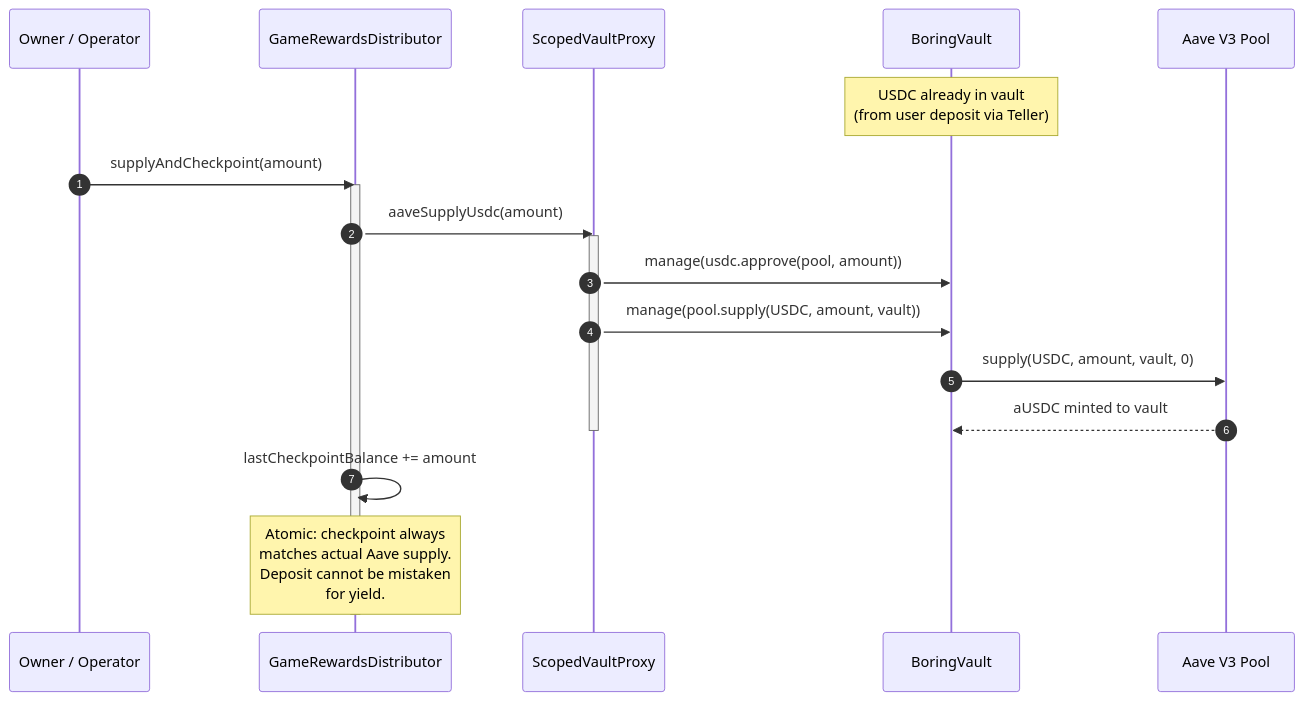
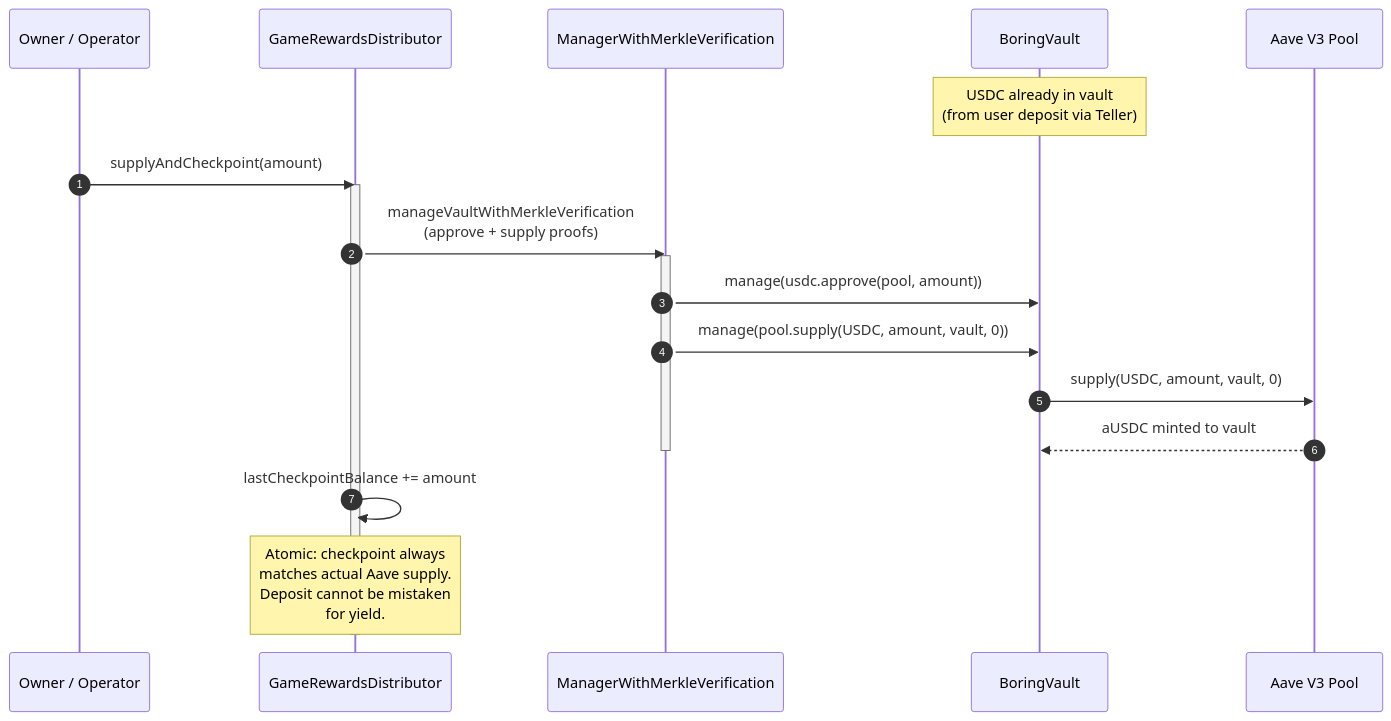
The third of 7 diagrams in docs/architecture.md (corbinpage/clawtogether-contracts), drawn with Mermaid before and after one commit. The commit also changed other lines of this file and 4 other files, not shown here.

Commit message:
Rename gyvUSDC to clawUSDC and update docs for ManagerWithMerkleVerification

````diff
--- a/docs/architecture.md
+++ b/docs/architecture.md
@@ -133,28 +131,28 @@
 ```mermaid
 sequenceDiagram
     autonumber
     participant OP as Owner / Operator
     participant DIST as GameRewardsDistributor
-    participant PROXY as ScopedVaultProxy
+    participant MGR as ManagerWithMerkleVerification
     participant VAULT as BoringVault
     participant AAVE as Aave V3 Pool
 
     Note over VAULT: USDC already in vault<br/>(from user deposit via Teller)
 
     OP->>DIST: supplyAndCheckpoint(amount)
     activate DIST
 
-    DIST->>PROXY: aaveSupplyUsdc(amount)
-    activate PROXY
-    PROXY->>VAULT: manage(usdc.approve(pool, amount))
-    PROXY->>VAULT: manage(pool.supply(USDC, amount, vault))
+    DIST->>MGR: manageVaultWithMerkleVerification<br/>(approve + supply proofs)
+    activate MGR
+    MGR->>VAULT: manage(usdc.approve(pool, amount))
+    MGR->>VAULT: manage(pool.supply(USDC, amount, vault, 0))
     VAULT->>AAVE: supply(USDC, amount, vault, 0)
     AAVE-->>VAULT: aUSDC minted to vault
-    deactivate PROXY
+    deactivate MGR
 
     DIST->>DIST: lastCheckpointBalance += amount
 
     Note over DIST: Atomic: checkpoint always<br/>matches actual Aave supply.<br/>Deposit cannot be mistaken<br/>for yield.
 
     deactivate DIST
 ```
````
